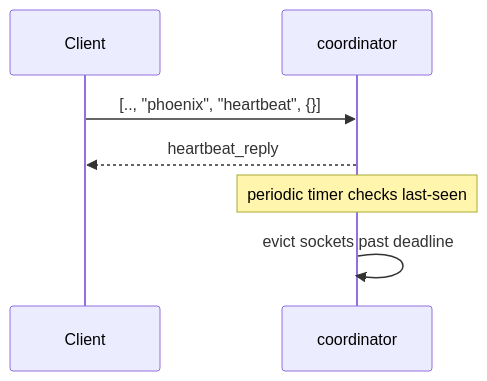
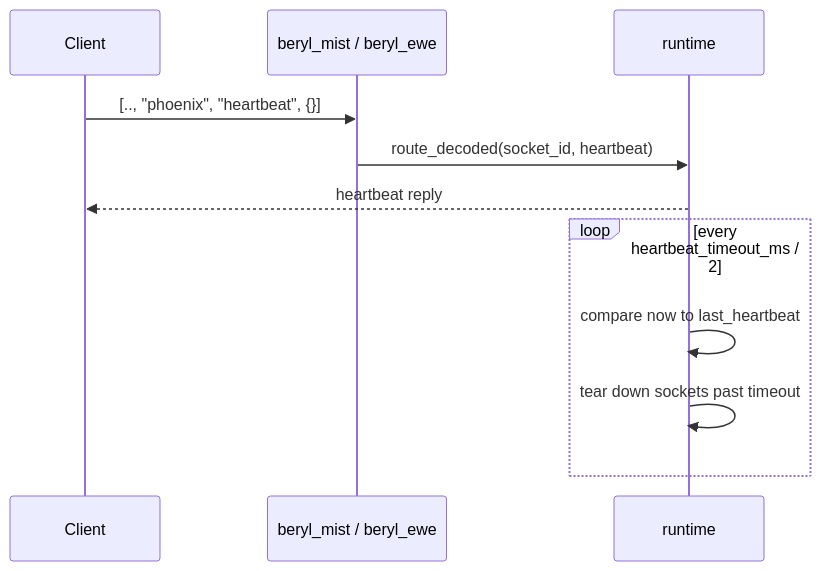
The fourth of 5 diagrams in website/src/content/docs/architecture/message-lifecycle.md (tylerbutler/beryl), drawn with Mermaid before and after one commit. The commit also changed other lines of this file and 52 other files, not shown here.

````diff
--- a/website/src/content/docs/architecture/message-lifecycle.md
+++ b/website/src/content/docs/architecture/message-lifecycle.md
@@ -78,9 +81,13 @@
 ```mermaid
 sequenceDiagram
   participant Client
-  participant Coord as coordinator
-  Client->>Coord: [.., "phoenix", "heartbeat", {}]
-  Coord-->>Client: heartbeat_reply
-  Note over Coord: periodic timer checks last-seen
-  Coord->>Coord: evict sockets past deadline
+  participant Transport as beryl_mist / beryl_ewe
+  participant Runtime as runtime
+  Client->>Transport: [.., "phoenix", "heartbeat", {}]
+  Transport->>Runtime: route_decoded(socket_id, heartbeat)
+  Runtime-->>Client: heartbeat reply
+  loop every heartbeat_timeout_ms / 2
+    Runtime->>Runtime: compare now to last_heartbeat
+    Runtime->>Runtime: tear down sockets past timeout
+  end
 ```
````
